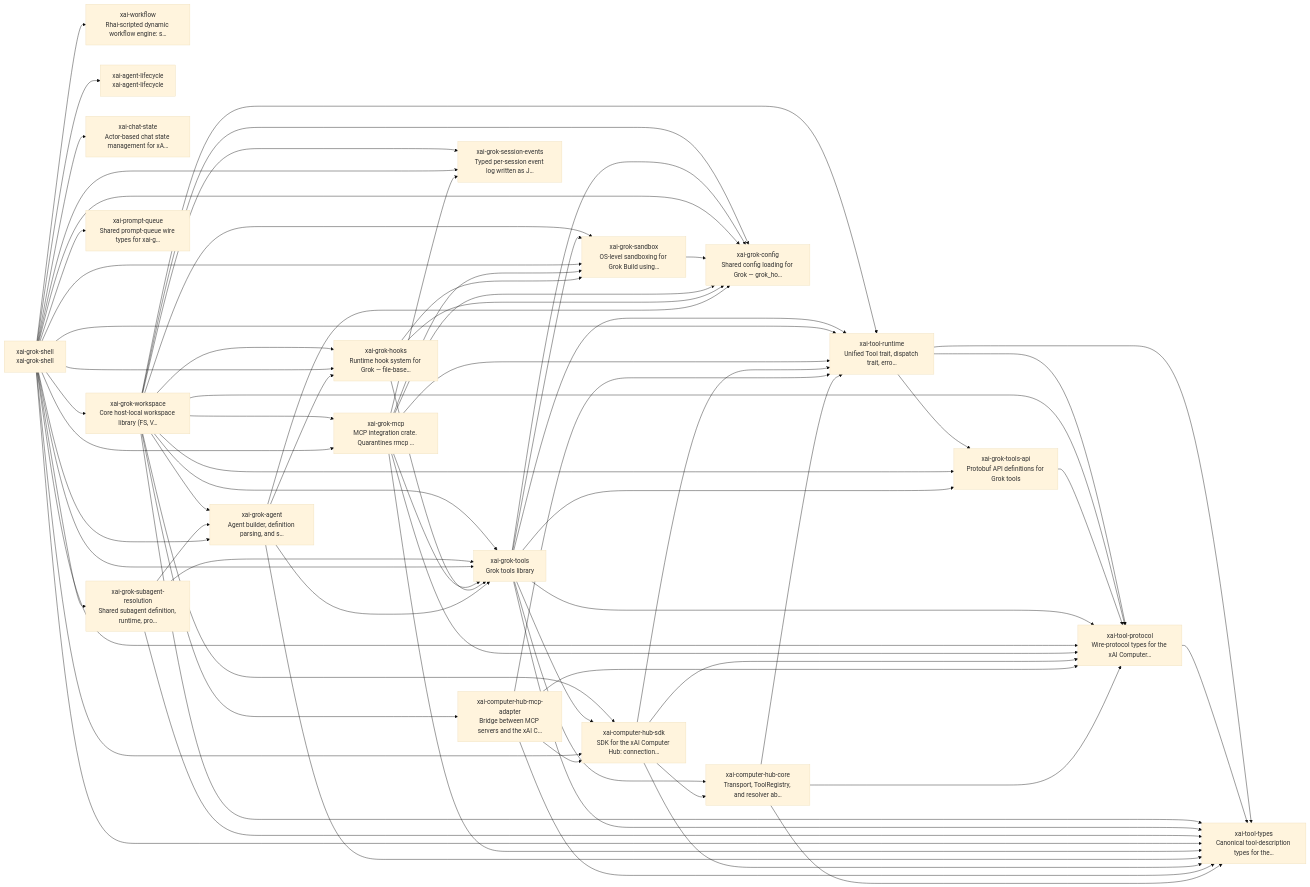
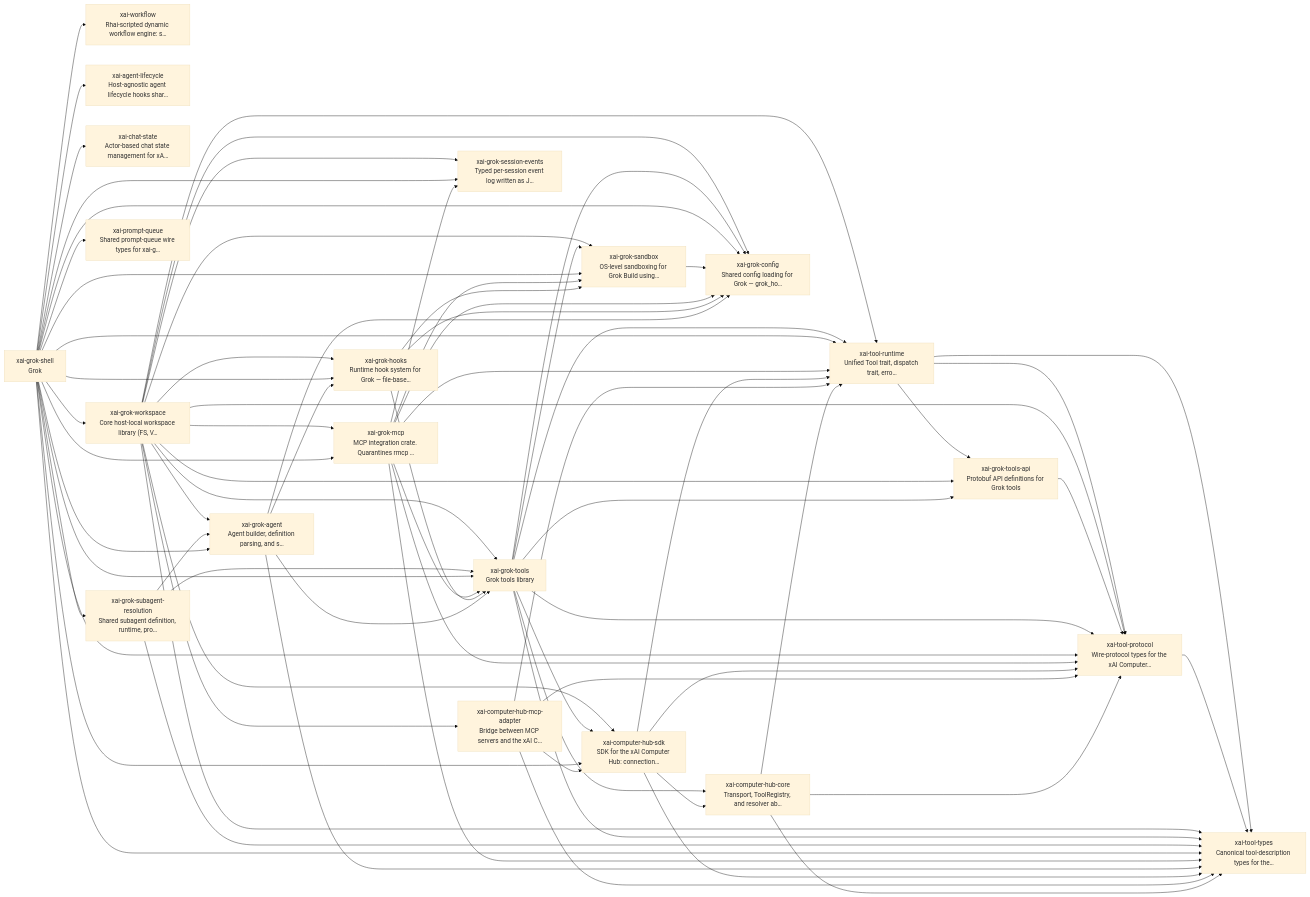
Before and after one commit to 2686521696/WhyBuddy: the second of 5 diagrams in docs/grok-build 架构图（自动生成）.md, drawn with Mermaid (base theme). The commit also changed other lines of this file and 4 other files, not shown here.

```diff
--- a/docs/grok-build 架构图（自动生成）.md
+++ b/docs/grok-build 架构图（自动生成）.md
@@ -51,8 +52,8 @@
   c_xai_tool_protocol["xai-tool-protocol<br/>Wire-protocol types for the xAI Computer…"]
   c_xai_tool_types["xai-tool-types<br/>Canonical tool-description types for the…"]
   c_xai_workflow["xai-workflow<br/>Rhai-scripted dynamic workflow engine: s…"]
-  c_xai_grok_shell["xai-grok-shell<br/>xai-grok-shell"]
-  c_xai_agent_lifecycle["xai-agent-lifecycle<br/>xai-agent-lifecycle"]
+  c_xai_grok_shell["xai-grok-shell<br/>Grok"]
+  c_xai_agent_lifecycle["xai-agent-lifecycle<br/>Host-agnostic agent lifecycle hooks shar…"]
   c_xai_chat_state["xai-chat-state<br/>Actor-based chat state management for xA…"]
   c_xai_grok_hooks["xai-grok-hooks<br/>Runtime hook system for Grok — file-base…"]
   c_xai_grok_mcp["xai-grok-mcp<br/>MCP integration crate. Quarantines rmcp …"]
```
